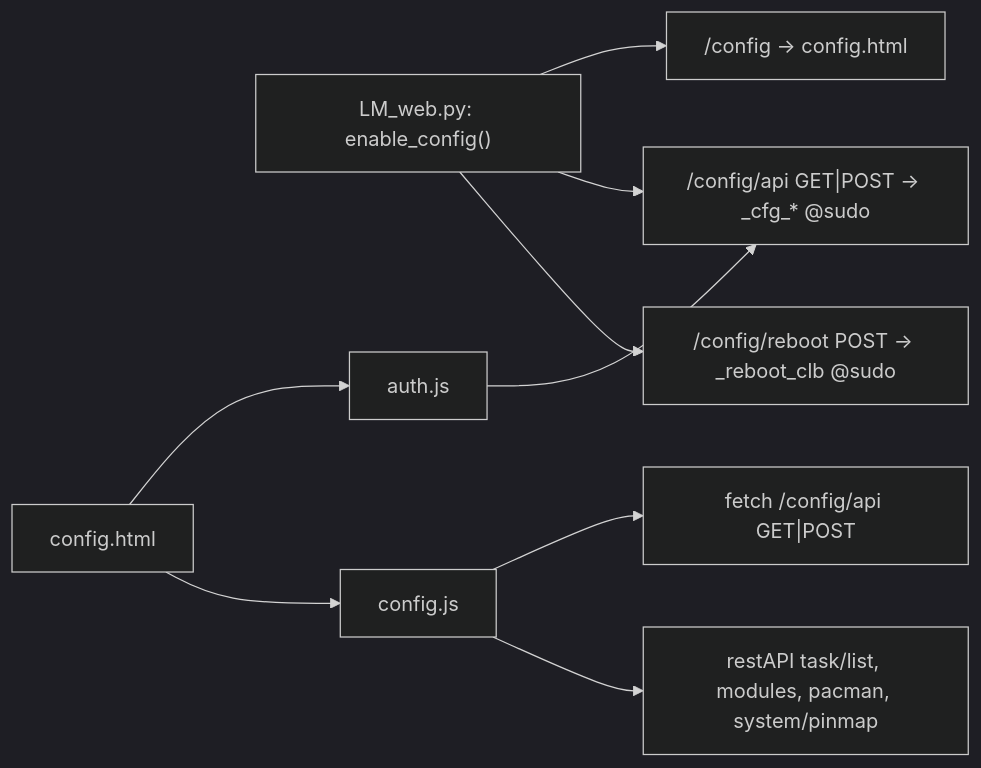
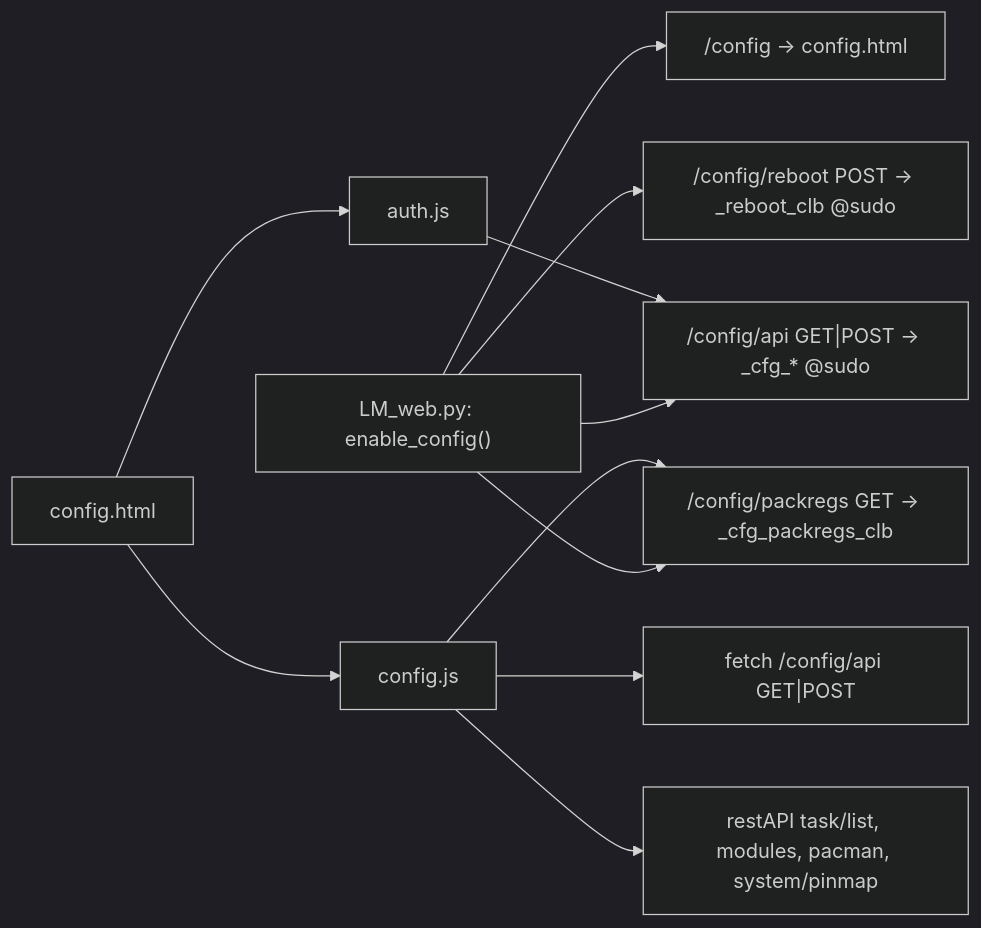
One commit to BxNxM/micrOS changed the fifth of 10 diagrams in micrOS/ARCHITECTURE.md. Above: the diagram before and after it, drawn with Mermaid (dark theme). The commit also changed other lines of this file and 20 other files, not shown here.

````diff
--- a/micrOS/ARCHITECTURE.md
+++ b/micrOS/ARCHITECTURE.md
@@ -291,11 +292,13 @@
 ```mermaid
 flowchart LR
     A["LM_web.py: enable_config()"] --> B["/config -> config.html"]
     A --> C["/config/api GET|POST -> _cfg_* @sudo"]
     A --> D["/config/reboot POST -> _reboot_clb @sudo"]
+    A --> J["/config/packregs GET -> _cfg_packregs_clb"]
     E["config.html"] --> F["auth.js"]
     E --> G["config.js"]
     G --> H["fetch /config/api GET|POST"]
     G --> I["restAPI task/list, modules, pacman, system/pinmap"]
     F --> C
+    G --> J
 ```
````
